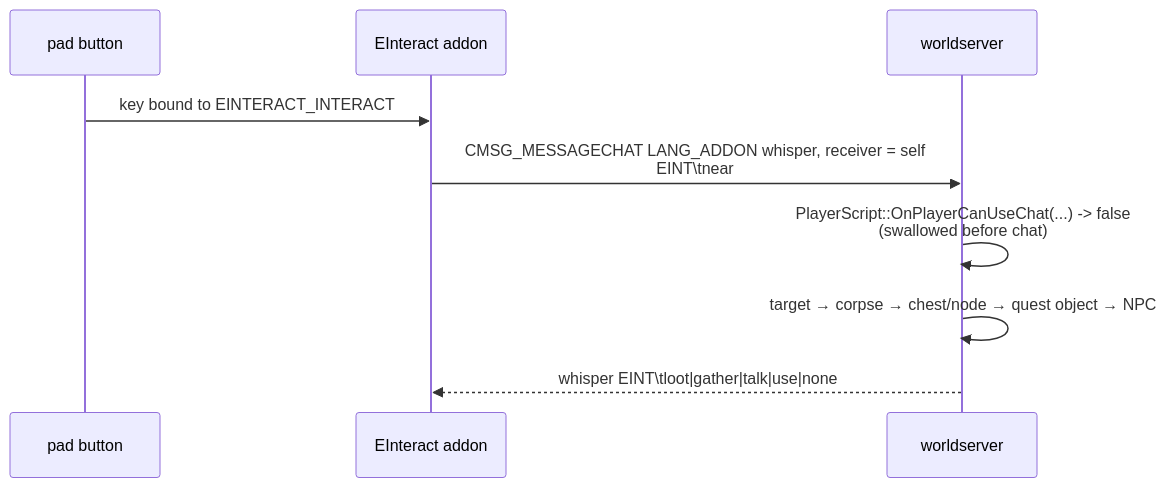
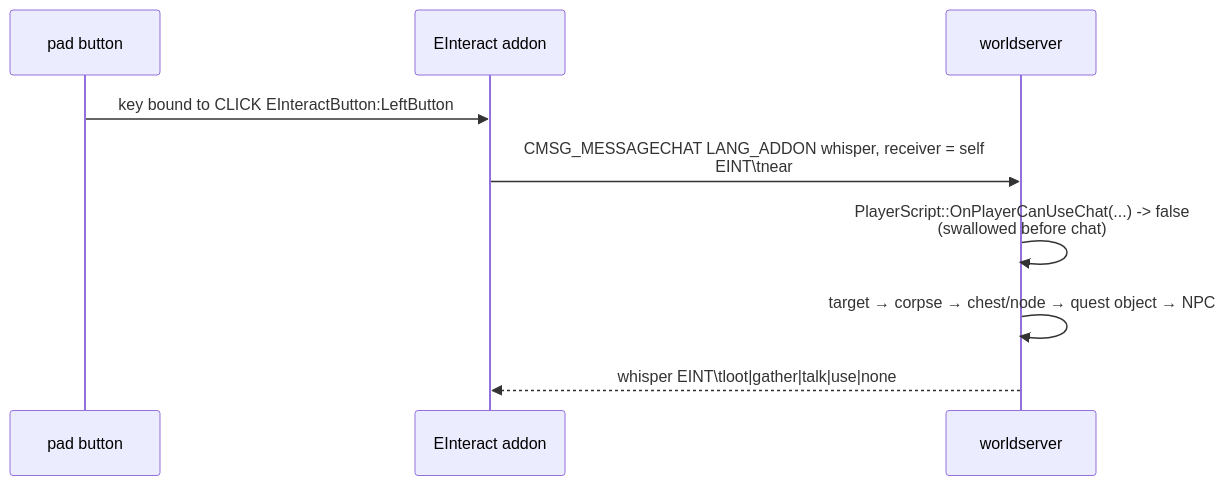
The diagram in docs/INTERACT-KEY-DESIGN.md (nick-monto/acore-thor-selfhost), drawn with Mermaid before and after one commit. The commit also changed other lines of this file and 3 other files, not shown here.

First line of the commit message:
Describe the interact key as the client binding it now is

````diff
--- a/docs/INTERACT-KEY-DESIGN.md
+++ b/docs/INTERACT-KEY-DESIGN.md
@@ -28,11 +29,11 @@
 ```mermaid
 sequenceDiagram
     participant P as pad button
     participant A as EInteract addon
     participant S as worldserver
-    P->>A: key bound to EINTERACT_INTERACT
+    P->>A: key bound to CLICK EInteractButton:LeftButton
     A->>S: CMSG_MESSAGECHAT LANG_ADDON whisper, receiver = self<br/>EINT\tnear
     S->>S: PlayerScript::OnPlayerCanUseChat(...) -> false<br/>(swallowed before chat)
     S->>S: target → corpse → chest/node → quest object → NPC
     S-->>A: whisper EINT\tloot|gather|talk|use|none
 ```
````
